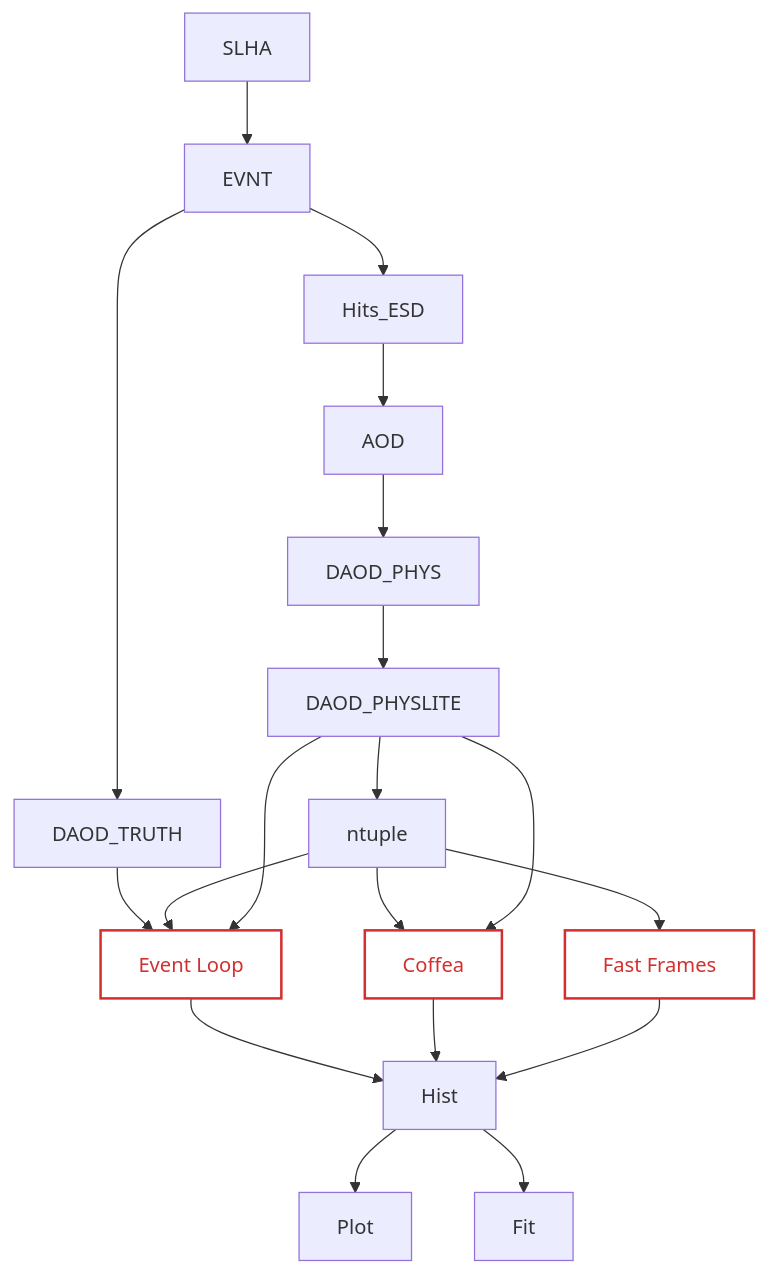
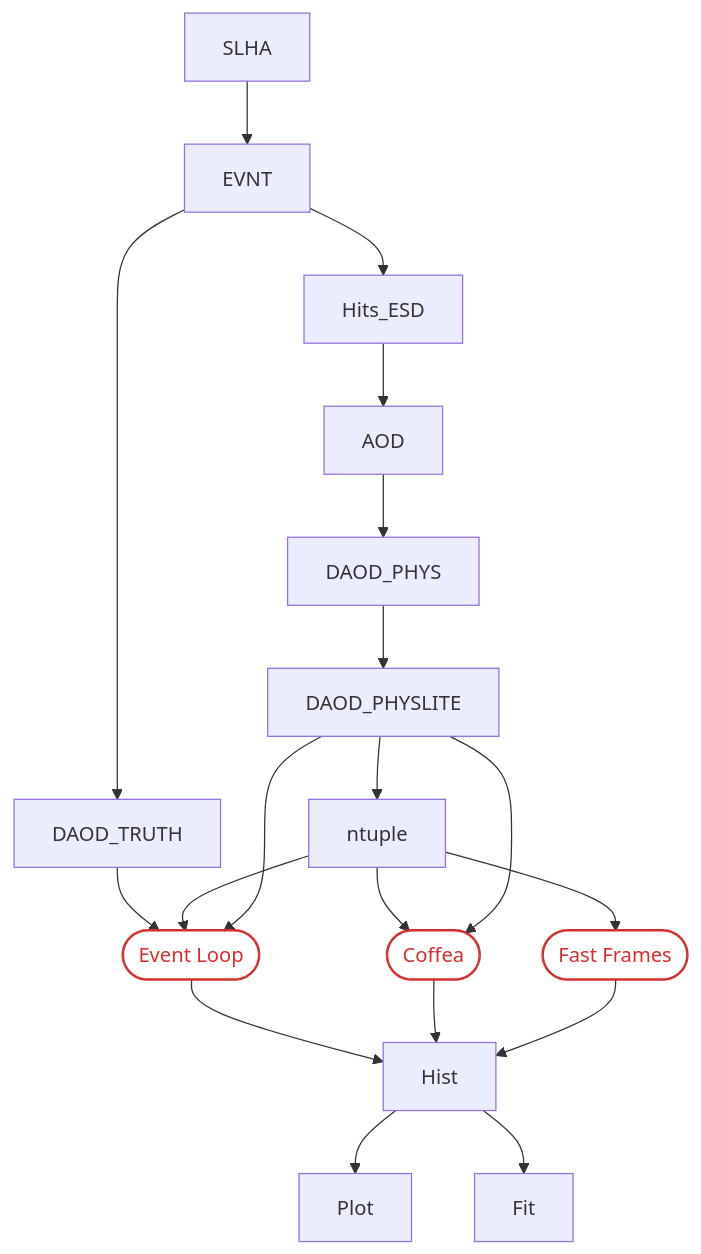
Before and after one commit to usatlas/AF-Benchmarking: the diagram in docs/flowChart.md, drawn with Mermaid.

````diff
--- a/docs/flowChart.md
+++ b/docs/flowChart.md
@@ -1,36 +1,37 @@
 ```mermaid
 flowchart TD
     SLHA --> EVNT
     EVNT --> DAOD_TRUTH
     DAOD_TRUTH --> Event_Loop
     Event_Loop --> Hist
 
     EVNT--> Hits_ESD
     Hits_ESD --> AOD
     AOD --> DAOD_PHYS
     DAOD_PHYS --> DAOD_PHYSLITE
 
     ntuple --> Coffea
     Coffea --> Hist
 
     ntuple --> Fast_Frames
     Fast_Frames --> Hist
 
     ntuple --> Event_Loop
     DAOD_PHYSLITE --> Coffea
     DAOD_PHYSLITE --> ntuple
     DAOD_PHYSLITE --> Event_Loop
 
     Hist --> Plot
     Hist --> Fit
 
     click Event_Loop "https://github.com/usatlas/AF-Benchmarking/tree/main/event_loop" "Event Loop documentation"
     click Coffea "https://github.com/usatlas/AF-Benchmarking/tree/main/NTuple_Hist/coffea" "Coffea documentation"
     click Fast_Frames "https://github.com/usatlas/AF-Benchmarking/tree/main/NTuple_Hist/fastframes" "Fast Frames documentation"
 
-    Event_Loop["Event Loop"]
-    Fast_Frames["Fast Frames"]
+    Event_Loop(["Event Loop"])
+    Coffea(["Coffea"])
+    Fast_Frames(["Fast Frames"])
     
     classDef method fill:transparent,stroke:#d32f2f,stroke-width:2px,color:#d32f2f;
     class Event_Loop,Coffea,Fast_Frames method;
 ```
````
